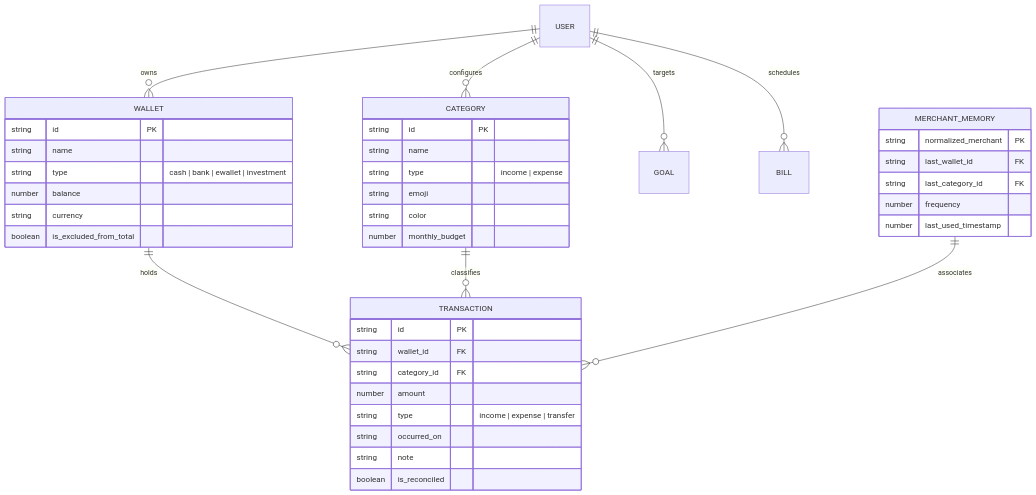
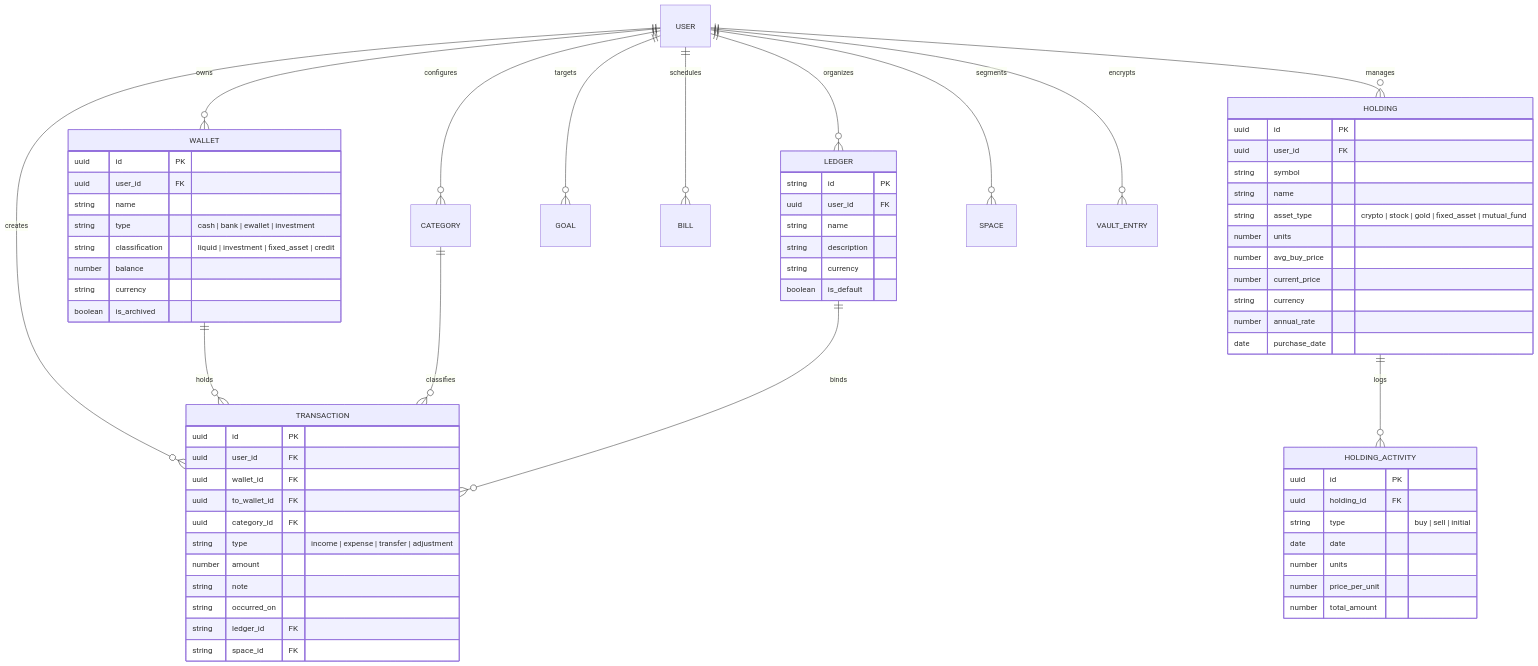
One commit to syntheticae/Trouvaille changed the diagram in TROUVAILLE_WHITEPAPER.md. Above: the diagram before and after it, drawn with Mermaid. The commit also changed other lines of this file and 31 other files, not shown here.

Commit message:
feat(assets): implement ExecutiveWalletCard with deep pocket tuck, strict monochrome luxury, and sync database schema

````diff
--- a/TROUVAILLE_WHITEPAPER.md
+++ b/TROUVAILLE_WHITEPAPER.md
@@ -139,47 +174,75 @@
 ```mermaid
 erDiagram
+    USER ||--o{ WALLET : owns
+    USER ||--o{ CATEGORY : configures
+    USER ||--o{ TRANSACTION : creates
+    USER ||--o{ HOLDING : manages
+    USER ||--o{ GOAL : targets
+    USER ||--o{ BILL : schedules
+    USER ||--o{ LEDGER : organizes
+    USER ||--o{ SPACE : segments
+    USER ||--o{ VAULT_ENTRY : encrypts
+
     WALLET ||--o{ TRANSACTION : holds
     CATEGORY ||--o{ TRANSACTION : classifies
-    USER ||--o{ WALLET : owns
-    USER ||--o{ CATEGORY : configures
-    USER ||--o{ GOAL : targets
-    USER ||--o{ BILL : schedules
-    MERCHANT_MEMORY ||--o{ TRANSACTION : associates
+    HOLDING ||--o{ HOLDING_ACTIVITY : logs
+    LEDGER ||--o{ TRANSACTION : binds
 
     WALLET {
-        string id PK
+        uuid id PK
+        uuid user_id FK
         string name
         string type "cash | bank | ewallet | investment"
+        string classification "liquid | investment | fixed_asset | credit"
         number balance
         string currency
-        boolean is_excluded_from_total
-    }
-
-    CATEGORY {
-        string id PK
-        string name
-        string type "income | expense"
-        string emoji
-        string color
-        number monthly_budget
+        boolean is_archived
     }
 
     TRANSACTION {
-        string id PK
-        string wallet_id FK
-        string category_id FK
+        uuid id PK
+        uuid user_id FK
+        uuid wallet_id FK
+        uuid to_wallet_id FK
+        uuid category_id FK
+        string type "income | expense | transfer | adjustment"
         number amount
-        string type "income | expense | transfer"
+        string note
         string occurred_on
-        string note
-        boolean is_reconciled
+        string ledger_id FK
+        string space_id FK
     }
 
-    MERCHANT_MEMORY {
-        string normalized_merchant PK
-        string last_wallet_id FK
-        string last_category_id FK
-        number frequency
-        number last_used_timestamp
+    HOLDING {
+        uuid id PK
+        uuid user_id FK
+        string symbol
+        string name
+        string asset_type "crypto | stock | gold | fixed_asset | mutual_fund"
+        number units
+        number avg_buy_price
+        number current_price
+        string currency
+        number annual_rate
+        date purchase_date
+    }
+
+    HOLDING_ACTIVITY {
+        uuid id PK
+        uuid holding_id FK
+        string type "buy | sell | initial"
+        date date
+        number units
+        number price_per_unit
+        number total_amount
+    }
+
+    LEDGER {
+        string id PK
+        uuid user_id FK
+        string name
+        string description
+        string currency
+        boolean is_default
     }
 ```
````
